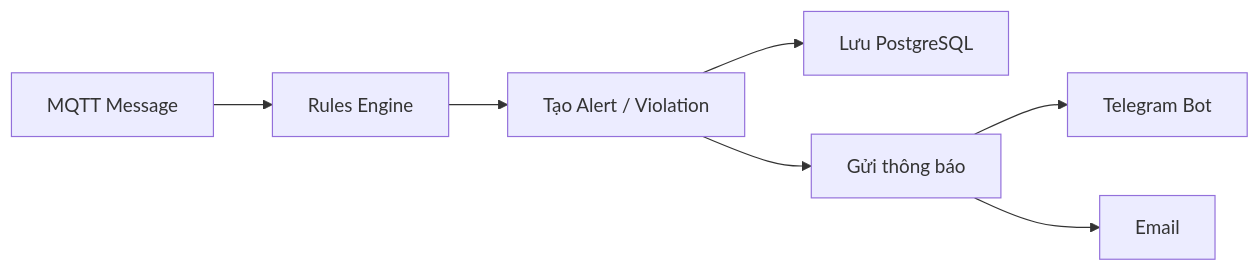
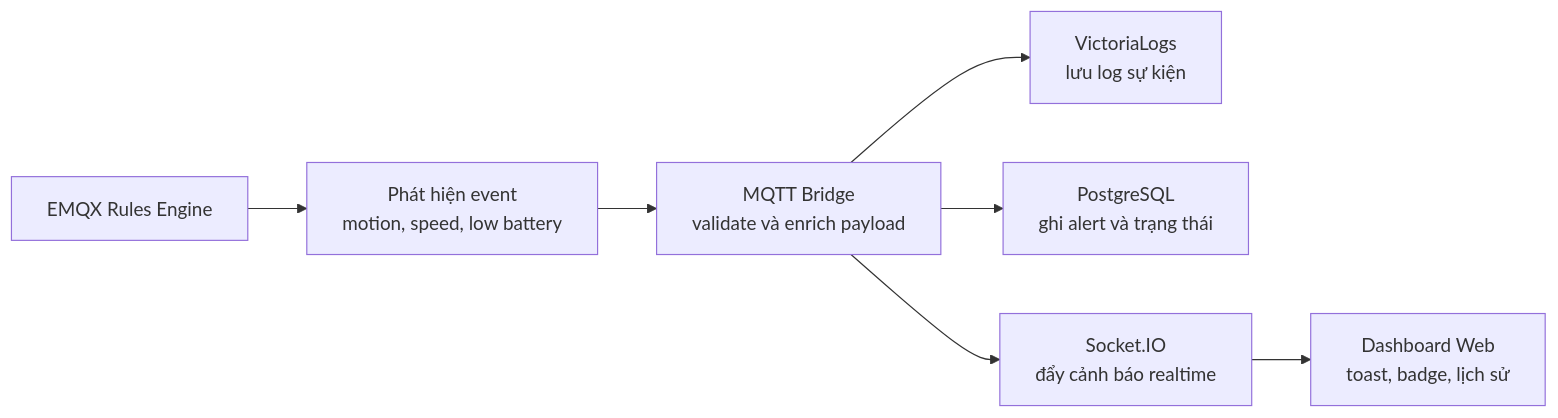
Before and after one commit to anmh1205/IoT_Vehicle_Tracking_System: the diagram in tmp-mermaid/thesis-05-chuong-3-giai-phap-backend-02.mmd, drawn with Mermaid. The commit also changed 257 other files, not shown here.

First line of the commit message:
update: Add Mermaid diagrams and theme configuration for tracking system

```diff
--- a/tmp-mermaid/thesis-05-chuong-3-giai-phap-backend-02.mmd
+++ b/tmp-mermaid/thesis-05-chuong-3-giai-phap-backend-02.mmd
@@ -1,7 +1,7 @@
-graph LR
-    MSG["MQTT Message"] --> RE["Rules Engine"]
-    RE --> AV["Tạo Alert / Violation"]
-    AV --> PG["Lưu PostgreSQL"]
-    AV --> NOTIF["Gửi thông báo"]
-    NOTIF --> TG["Telegram Bot"]
-    NOTIF --> EM["Email"]
+flowchart LR
+    Broker["EMQX Rules Engine"] --> Parse["Phát hiện event<br/>motion, speed, low battery"]
+    Parse --> Bridge["MQTT Bridge<br/>validate và enrich payload"]
+    Bridge --> Logs["VictoriaLogs<br/>lưu log sự kiện"]
+    Bridge --> Pg["PostgreSQL<br/>ghi alert và trạng thái"]
+    Bridge --> Socket["Socket.IO<br/>đẩy cảnh báo realtime"]
+    Socket --> Dashboard["Dashboard Web<br/>toast, badge, lịch sử"]
```
